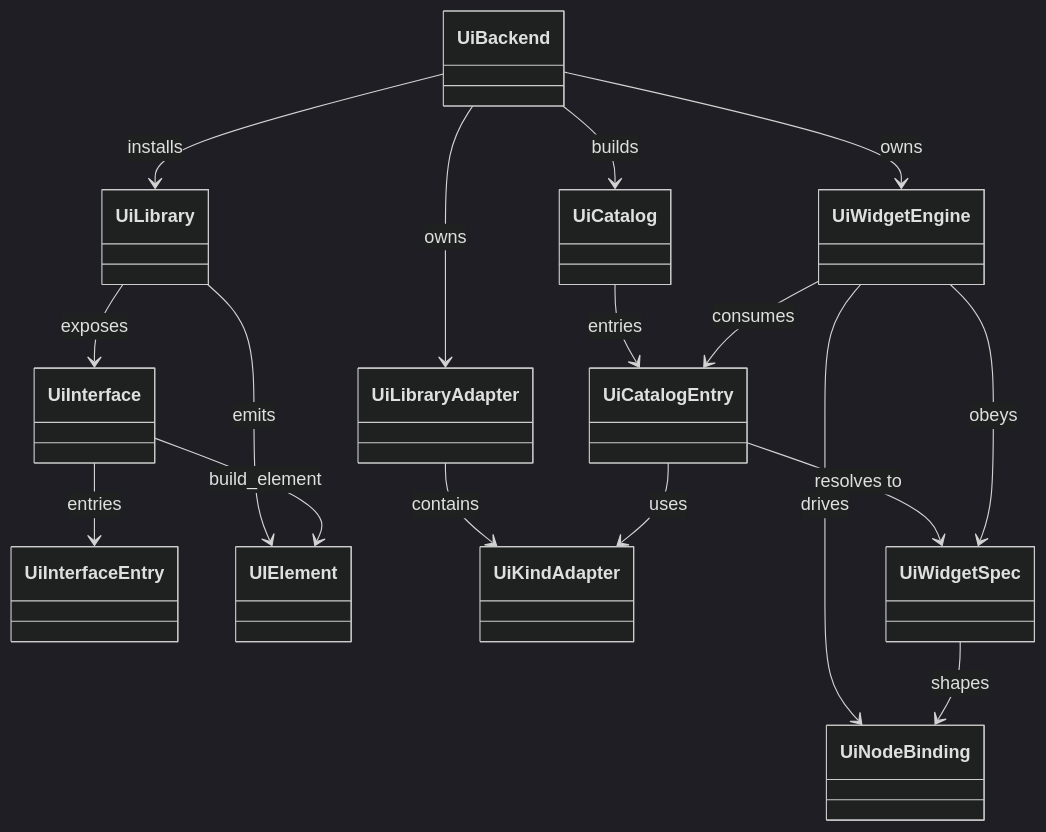
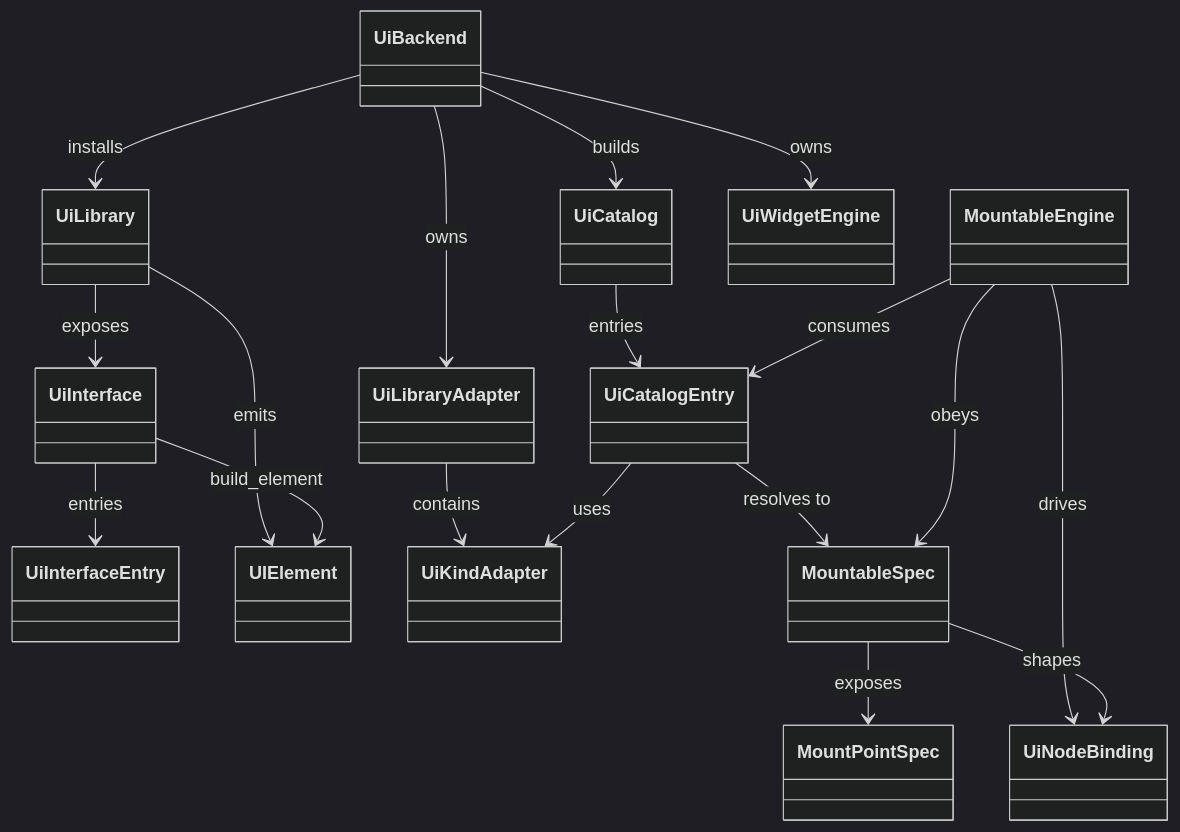
Before and after one commit to owebeeone/pyrolyze: the first of 2 diagrams in dev-docs/GenericReconcilerApiProposal.md, drawn with Mermaid (dark theme). The commit also changed other lines of this file and 14 other files, not shown here.

Commit message:
Advance mount point design and backend learnings

````diff
--- a/dev-docs/GenericReconcilerApiProposal.md
+++ b/dev-docs/GenericReconcilerApiProposal.md
@@ -883,32 +911,34 @@
 ```mermaid
 classDiagram
     class UiLibrary
     class UiInterface
     class UiInterfaceEntry
     class UIElement
     class UiBackend
     class UiLibraryAdapter
     class UiKindAdapter
     class UiCatalog
     class UiCatalogEntry
-    class UiWidgetSpec
-    class UiWidgetEngine
+    class MountableSpec
+    class MountableEngine
+    class MountPointSpec
     class UiNodeBinding
 
     UiLibrary --> UIElement : emits
     UiLibrary --> UiInterface : exposes
     UiInterface --> UiInterfaceEntry : entries
     UiInterface --> UIElement : build_element
     UiBackend --> UiLibrary : installs
     UiBackend --> UiLibraryAdapter : owns
     UiBackend --> UiCatalog : builds
     UiBackend --> UiWidgetEngine : owns
     UiLibraryAdapter --> UiKindAdapter : contains
     UiCatalog --> UiCatalogEntry : entries
     UiCatalogEntry --> UiKindAdapter : uses
-    UiCatalogEntry --> UiWidgetSpec : resolves to
-    UiWidgetEngine --> UiCatalogEntry : consumes
-    UiWidgetEngine --> UiNodeBinding : drives
-    UiWidgetEngine --> UiWidgetSpec : obeys
-    UiWidgetSpec --> UiNodeBinding : shapes
+    UiCatalogEntry --> MountableSpec : resolves to
+    MountableSpec --> MountPointSpec : exposes
+    MountableEngine --> UiCatalogEntry : consumes
+    MountableEngine --> UiNodeBinding : drives
+    MountableEngine --> MountableSpec : obeys
+    MountableSpec --> UiNodeBinding : shapes
 ```
````
